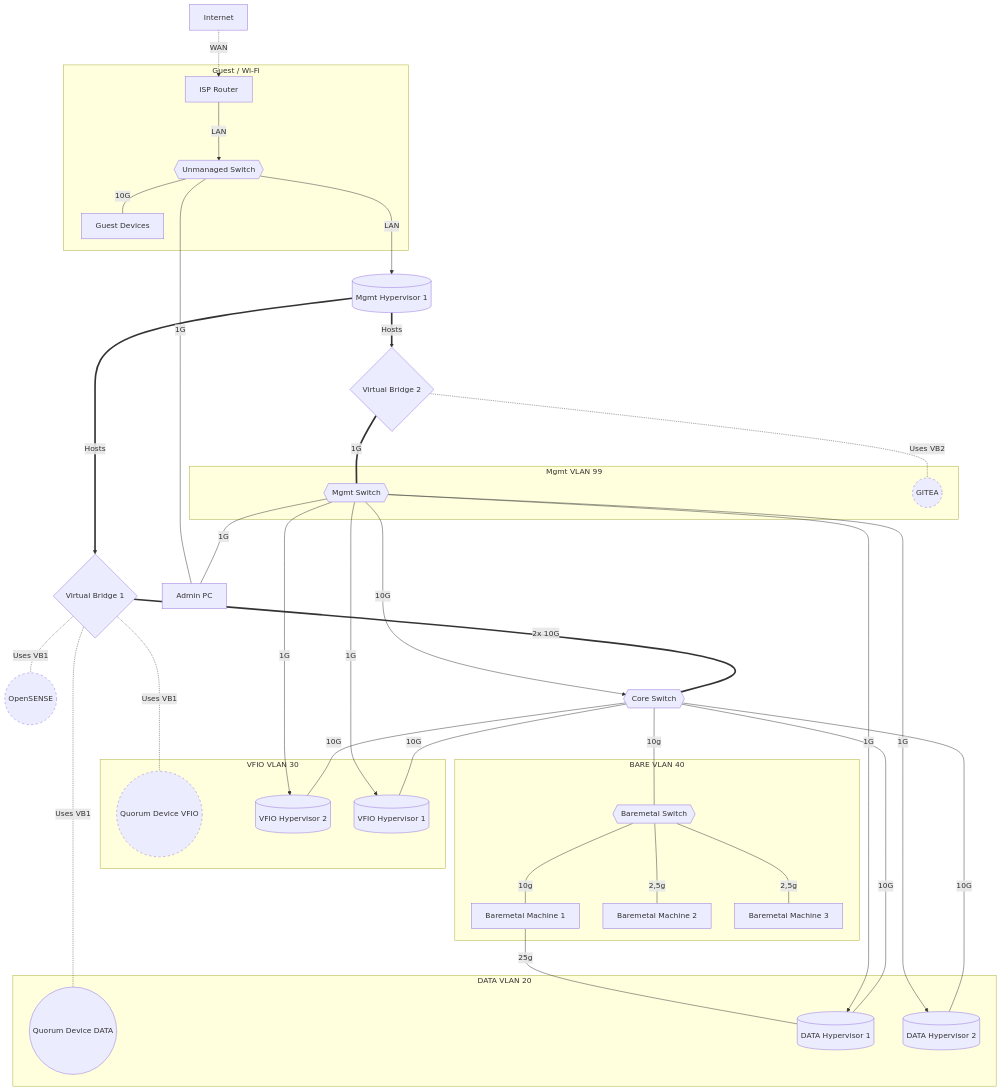
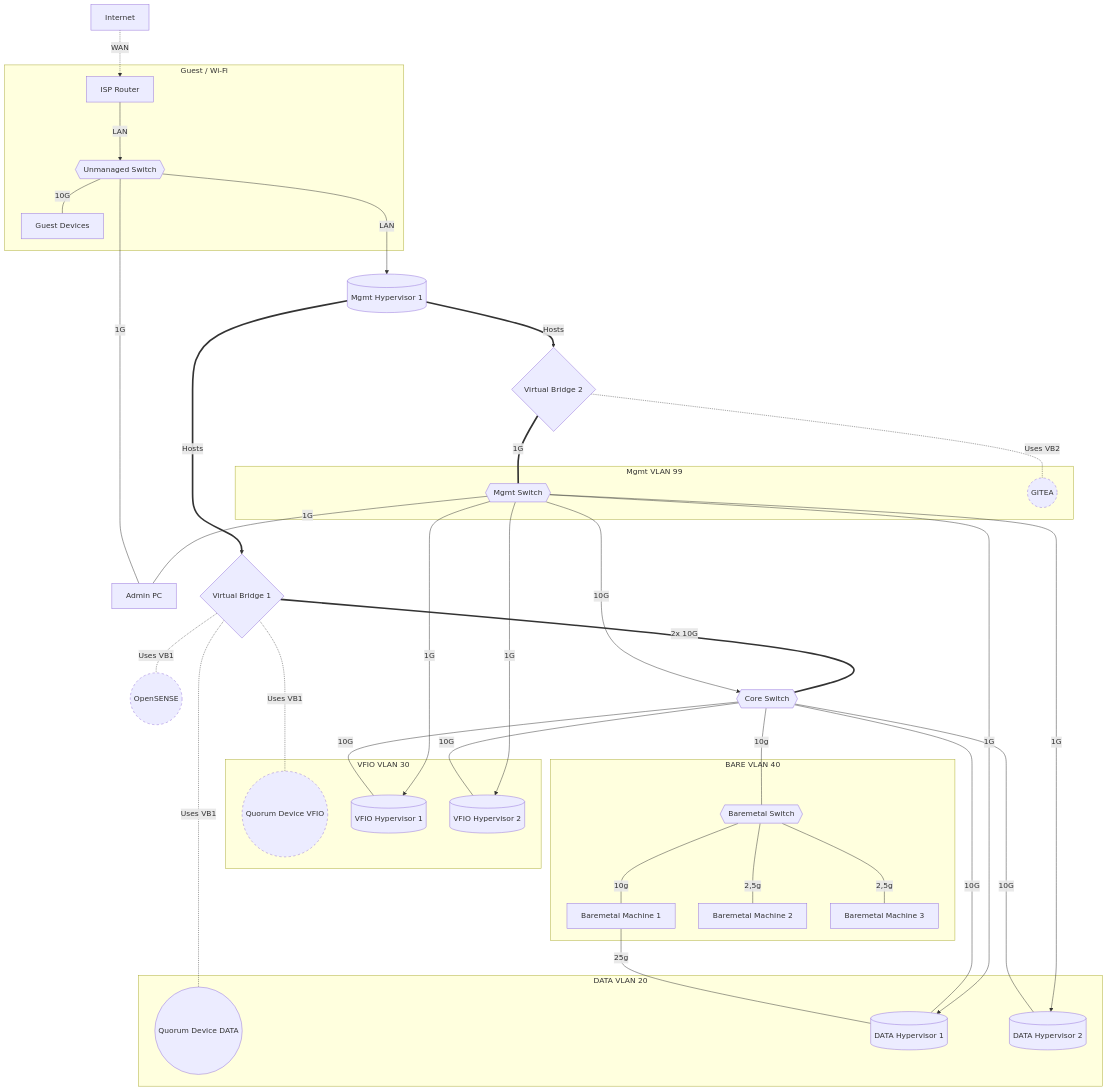
The diagram in alp/netop.md (woeiru/lab), drawn with Mermaid before and after one commit.

Commit message:
alp/netop.md: reorganize diagram connections and subgraphs

````diff
--- a/alp/netop.md
+++ b/alp/netop.md
@@ -3,59 +3,65 @@
 ```mermaid
 graph TD
     INT[Internet] -.-> |WAN| ISPR[ISP Router]
     ISPR ---> |LAN| US
     US{{Unmanaged Switch}} ---> |LAN| MH1[(Mgmt Hypervisor 1)]
+    US ---|"10G"| GD[Guest Devices]
+
+    MS{{Mgmt Switch}} ---|"1G"| APC[Admin PC]
+    APC ---|"1G"| US
+
+    MH1 ==>|"Hosts"| VB1
+    MH1 ==>|"Hosts"| VB2{Virtual Bridge 2}
     VB1{Virtual Bridge 1} -.- |"Uses VB1"| QDV((Quorum Device VFIO))
     VB1{Virtual Bridge 1} -.- |"Uses VB1"| QDD((Quorum Device DATA))
     VB1 -.- |"Uses VB1"| OPN((OpenSENSE))
     VB1 ===|"2x 10G"| CS{{Core Switch}}
     VB2 ===|"1G"| MS
-    MS{{Mgmt Switch}} ---|"1G"| APC[Admin PC]
-    APC ---|"1G"| US
-    MH1 ==>|"Hosts"| VB1
-    MH1 ==>|"Hosts"| VB2{Virtual Bridge 2}
     VB2 -.- |"Uses VB2"| GIT((GITEA))
-    CS ---|"10G"| VH2[(VFIO Hypervisor 2)]
+
+    MS --->|"10G"| CS
+    MS --->|"1G"| DH1
+    MS --->|"1G"| DH2
+    MS --->|"1G"| VH1
     MS --->|"1G"| VH2
-    US ---|"10G"| GD[Guest Devices]
-    CS ---|"10G"| VH1[(VFIO Hypervisor 1)]
-    MS --->|"1G"| VH1
+
     CS ---|"10G"| DH1[(DATA Hypervisor 1)]
     CS ---|"10G"| DH2[(DATA Hypervisor 2)]
-    MS --->|"1G"| DH1
-    MS --->|"1G"| DH2
-    MS --->|"10G"| CS
+    CS ---|"10G"| VH1[(VFIO Hypervisor 1)]
+    CS ---|"10G"| VH2[(VFIO Hypervisor 2)]
+
     CS ---|"10g"| BMS{{Baremetal Switch}}
     BMS ---|"10g"| BM1[Baremetal Machine 1]
     BM1 ---|"25g"| DH1
     BMS ---|"2,5g"| BM2[Baremetal Machine 2]
     BMS ---|"2,5g"| BM3[Baremetal Machine 3]
+
     subgraph VLAN20 [DATA VLAN 20]
         DH1
         DH2
         QDD
     end
     subgraph VLAN30 [VFIO VLAN 30]
         VH1
         VH2
         QDV
     end
     subgraph VLAN40 [BARE VLAN 40]
        BMS
        BM1 
        BM2 
        BM3 
     end
 
     subgraph VLAN99 [Mgmt VLAN 99]
         MS
         GIT
     end
     subgraph Guest [Guest / Wi-Fi]
         ISPR
         GD
         US
     end
     classDef punctuated stroke-dasharray: 5 5;
     class GIT,QDV,OPN punctuated;
 ```
````
